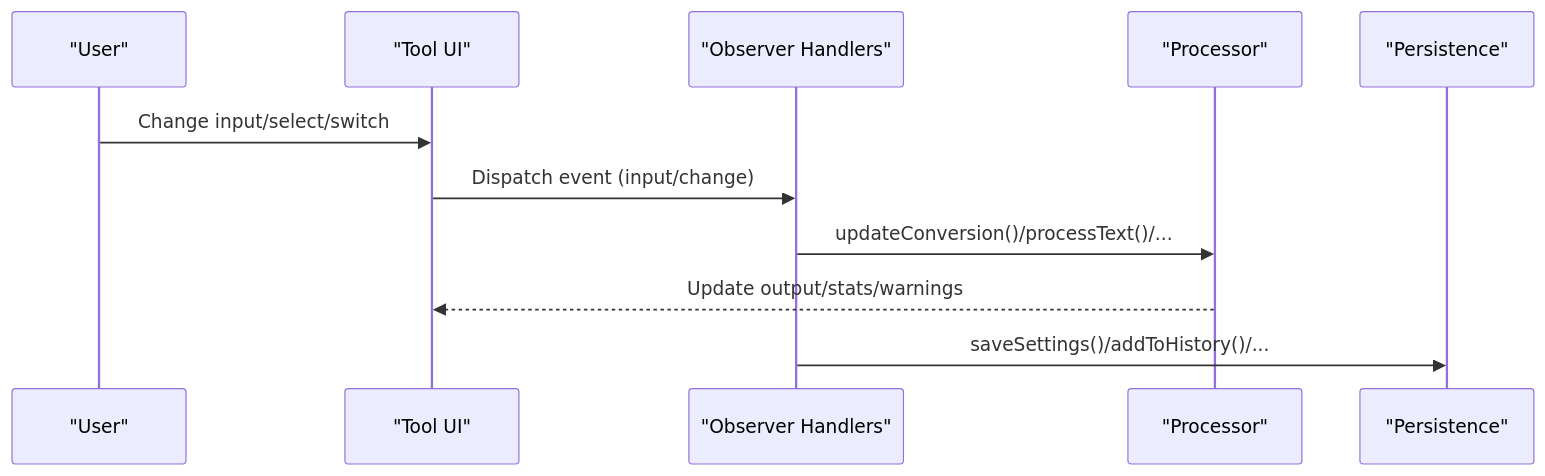
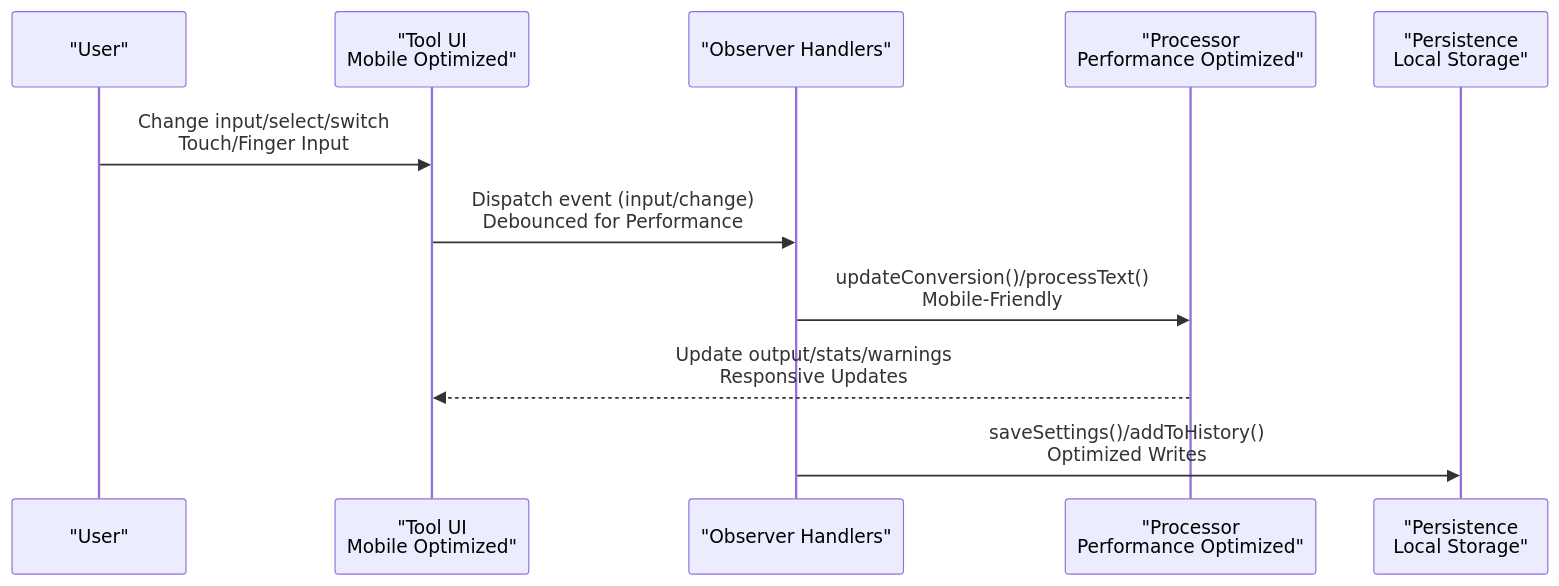
Before and after one commit to escaleraalcielo/developer-utilities: the fifth of 7 diagrams in .qoder/repowiki/en/content/Core Architecture/Modular Tool Design Patterns.md, drawn with Mermaid. The commit also changed other lines of this file and 3 other files, not shown here.

````diff
--- a/.qoder/repowiki/en/content/Core Architecture/Modular Tool Design Patterns.md
+++ b/.qoder/repowiki/en/content/Core Architecture/Modular Tool Design Patterns.md
@@ -246,13 +263,13 @@
 ```mermaid
 sequenceDiagram
 participant User as "User"
-participant UI as "Tool UI"
+participant UI as "Tool UI<br/>Mobile Optimized"
 participant Obs as "Observer Handlers"
-participant Proc as "Processor"
-participant Persist as "Persistence"
-User->>UI : Change input/select/switch
-UI->>Obs : Dispatch event (input/change)
-Obs->>Proc : updateConversion()/processText()/...
-Proc-->>UI : Update output/stats/warnings
-Obs->>Persist : saveSettings()/addToHistory()/...
+participant Proc as "Processor<br/>Performance Optimized"
+participant Persist as "Persistence<br/>Local Storage"
+User->>UI : Change input/select/switch<br/>Touch/Finger Input
+UI->>Obs : Dispatch event (input/change)<br/>Debounced for Performance
+Obs->>Proc : updateConversion()/processText()<br/>Mobile-Friendly
+Proc-->>UI : Update output/stats/warnings<br/>Responsive Updates
+Obs->>Persist : saveSettings()/addToHistory()<br/>Optimized Writes
 ```
````
